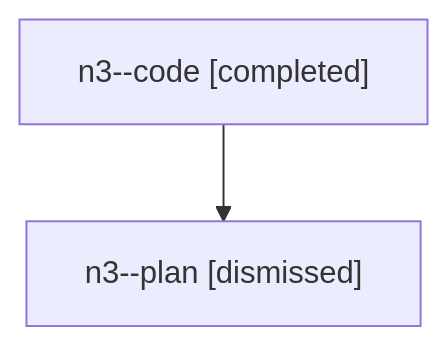
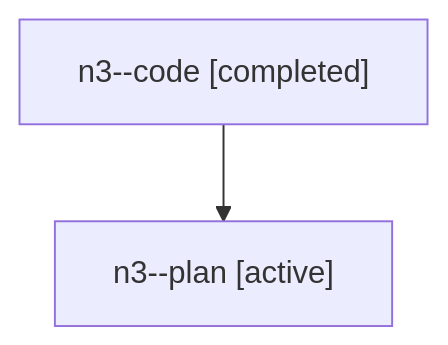
The diagram in families/bbugyi200.athena.n3.md (sase-org/sase--agents), drawn with Mermaid before and after one commit. The commit also changed other lines of this file and 5813 other files, not shown here.

````diff
--- a/families/bbugyi200.athena.n3.md
+++ b/families/bbugyi200.athena.n3.md
@@ -9,6 +9,6 @@
 ```mermaid
 flowchart TD
   n0["n3--code [completed]"]
-  n1["n3--plan [dismissed]"]
+  n1["n3--plan [active]"]
   n0 --> n1
 ```
````
